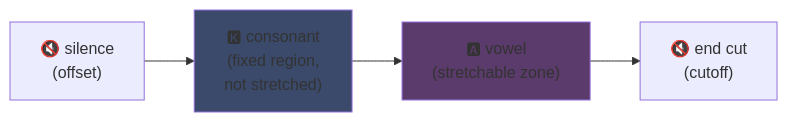
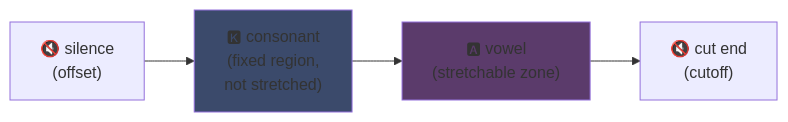
One commit to fox3000foxy/fox3000foxy.github.io changed the first of 2 diagrams in public/articles/en/utau.md. Above: the diagram before and after it, drawn with Mermaid. The commit also changed other lines of this file and 576 other files, not shown here.

````diff
--- a/public/articles/en/utau.md
+++ b/public/articles/en/utau.md
@@ -81,8 +81,8 @@
 ```mermaid
 flowchart LR
     A["🔇 silence<br/>(offset)"] --> B["🅺 consonant<br/>(fixed region,<br/>not stretched)"]
     B --> C["🅰 vowel<br/>(stretchable zone)"]
-    C --> D["🔇 end cut<br/>(cutoff)"]
+    C --> D["🔇 cut end<br/>(cutoff)"]
     style B fill:#3b4a6b
     style C fill:#5b3b6b
 ```
````
